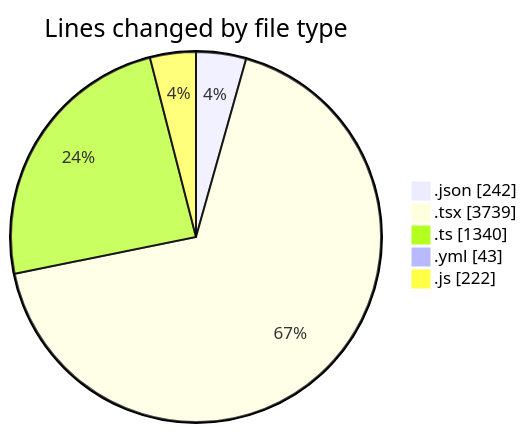
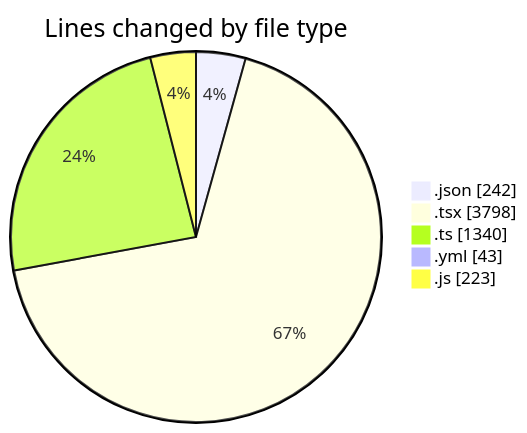
One commit to julien-gomy/code-tracking changed the first of 2 diagrams in 2025-11-17/eventscop-frontend-guide__workspace_/README.md. Above: the diagram before and after it, drawn with Mermaid. The commit also changed other lines of this file and 1 other file, not shown here.

````diff
--- a/2025-11-17/eventscop-frontend-guide__workspace_/README.md
+++ b/2025-11-17/eventscop-frontend-guide__workspace_/README.md
@@ -49,9 +49,9 @@
 ```mermaid
 pie showData
 title Lines changed by file type
 ".json" : 242
-".tsx" : 3739
+".tsx" : 3798
 ".ts" : 1340
 ".yml" : 43
-".js" : 222
+".js" : 223
 ```
````
